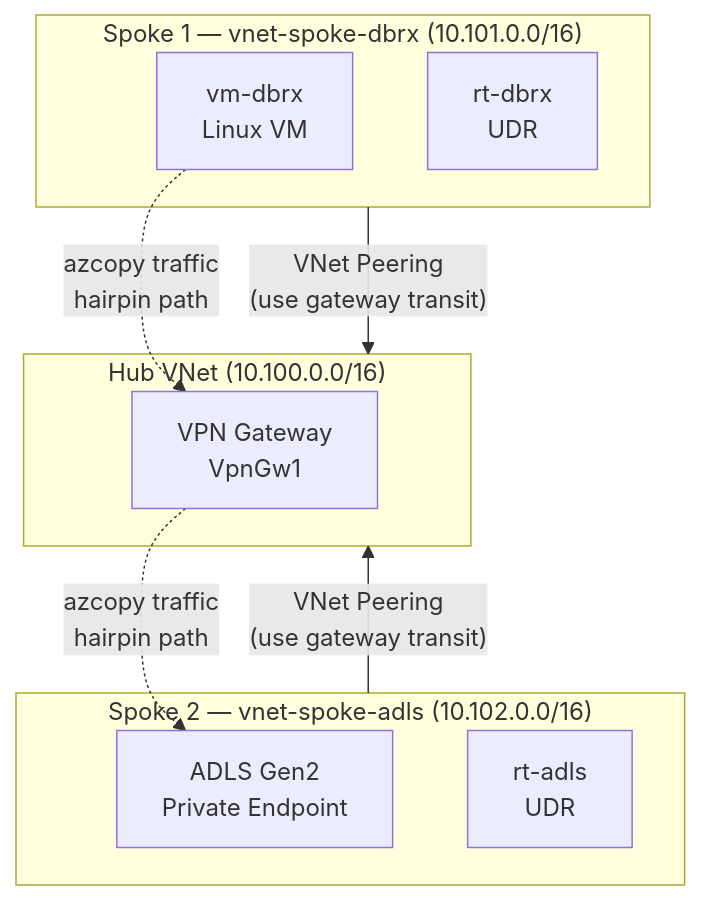
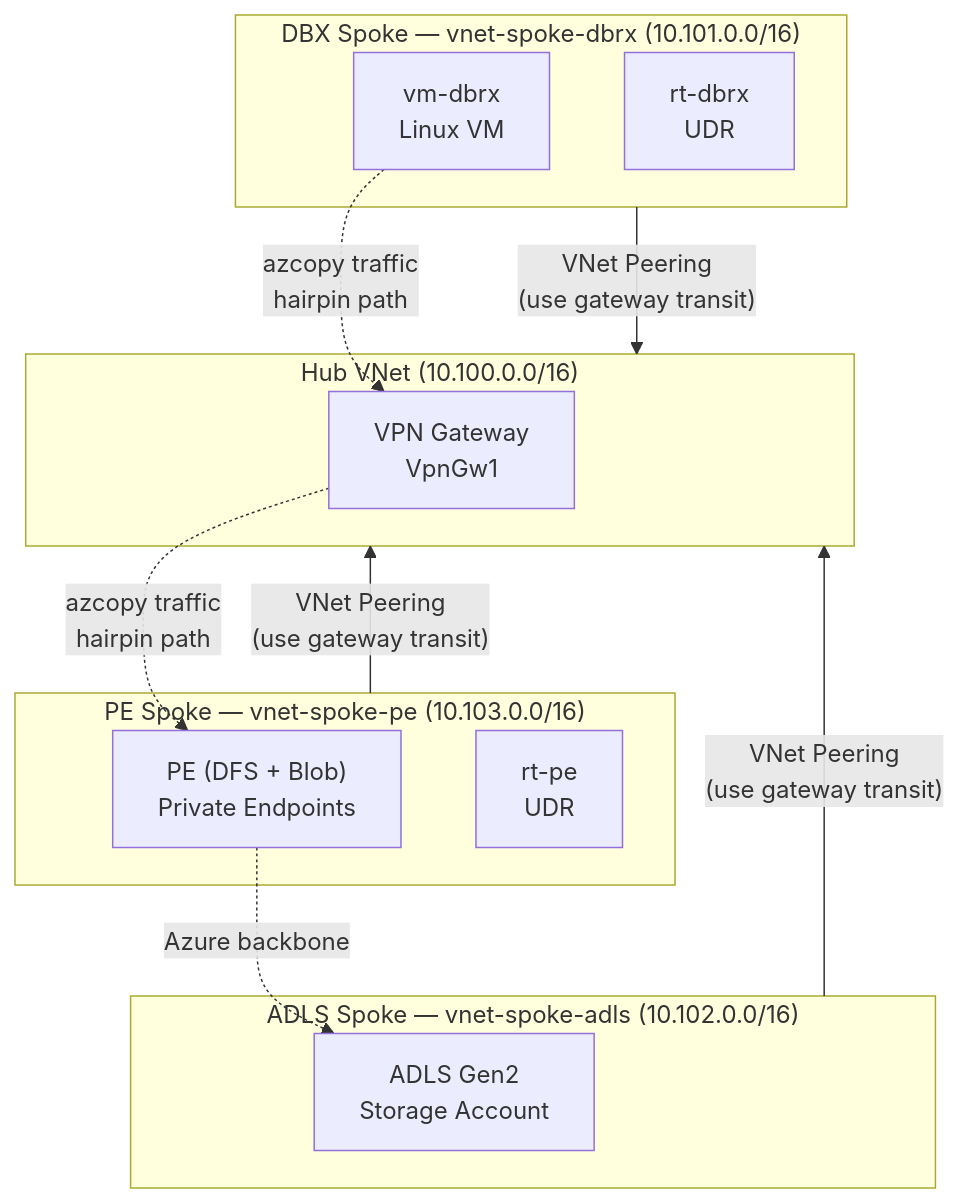
Before and after one commit to mhuot-msft/spoke-to-spoke-lab: the diagram in README.md, drawn with Mermaid. The commit also changed other lines of this file, not shown here.

Commit message:
Update README: recommend Fix 1, 3-VNet architecture diagram

````diff
--- a/README.md
+++ b/README.md
@@ -27,22 +27,28 @@
 ```mermaid
 graph TD
     subgraph hub["Hub VNet (10.100.0.0/16)"]
         vpngw["VPN Gateway\nVpnGw1"]
     end
 
-    subgraph spoke1["Spoke 1 — vnet-spoke-dbrx (10.101.0.0/16)"]
+    subgraph spoke1["DBX Spoke — vnet-spoke-dbrx (10.101.0.0/16)"]
         vm["vm-dbrx\nLinux VM"]
         rt1["rt-dbrx\nUDR"]
     end
 
-    subgraph spoke2["Spoke 2 — vnet-spoke-adls (10.102.0.0/16)"]
-        adls["ADLS Gen2\nPrivate Endpoint"]
-        rt2["rt-adls\nUDR"]
+    subgraph spoke3["PE Spoke — vnet-spoke-pe (10.103.0.0/16)"]
+        pe["PE (DFS + Blob)\nPrivate Endpoints"]
+        rt3["rt-pe\nUDR"]
+    end
+
+    subgraph spoke2["ADLS Spoke — vnet-spoke-adls (10.102.0.0/16)"]
+        adls["ADLS Gen2\nStorage Account"]
     end
 
     spoke1 -- "VNet Peering\n(use gateway transit)" --> hub
+    spoke3 -- "VNet Peering\n(use gateway transit)" --> hub
     spoke2 -- "VNet Peering\n(use gateway transit)" --> hub
 
     vm -. "azcopy traffic\nhairpin path" .-> vpngw
-    vpngw -. "azcopy traffic\nhairpin path" .-> adls
+    vpngw -. "azcopy traffic\nhairpin path" .-> pe
+    pe -. "Azure backbone" .-> adls
 ```
````
